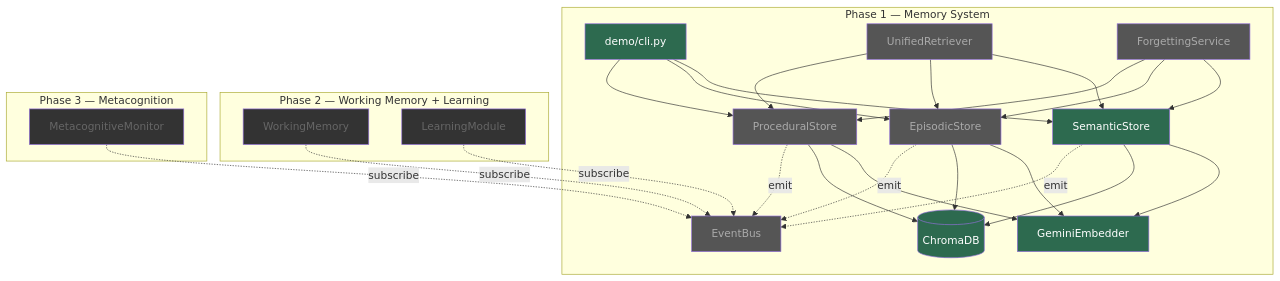
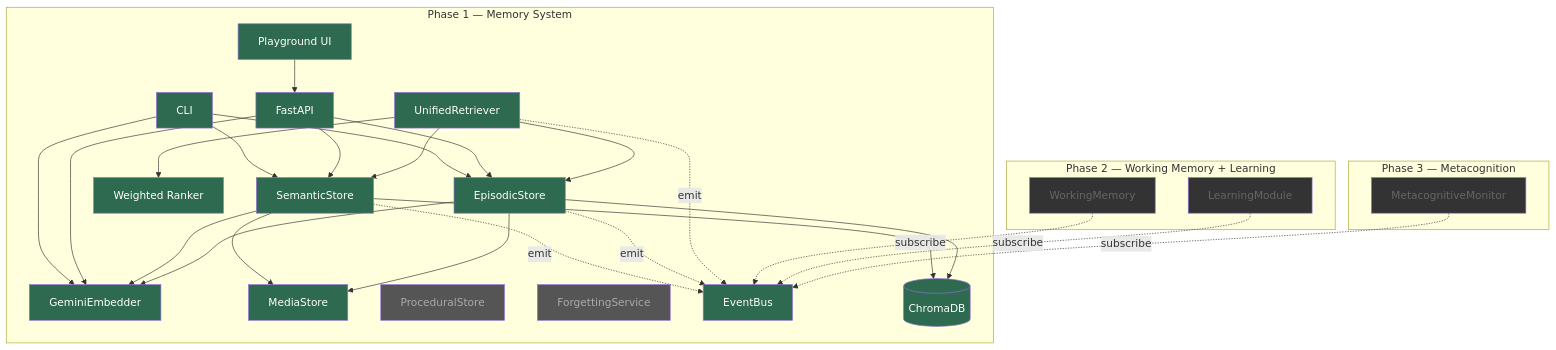
The diagram in README.md (Atharva-Kanherkar/agentic-memory), drawn with Mermaid before and after one commit. The commit also changed other lines of this file, not shown here.

````diff
--- a/README.md
+++ b/README.md
@@ -15,58 +135,67 @@
 ```mermaid
 graph TB
     subgraph "Phase 1 — Memory System"
-        CLI["demo/cli.py"]
+        CLI["CLI"]
+        API["FastAPI"]
+        UI["Playground UI"]
         EMB["GeminiEmbedder"]
+        MS["MediaStore"]
         SS["SemanticStore"]
         ES["EpisodicStore"]
         PS["ProceduralStore"]
         RET["UnifiedRetriever"]
+        RNK["Weighted Ranker"]
         FGT["ForgettingService"]
         BUS["EventBus"]
         DB[(ChromaDB)]
 
         CLI --> SS
         CLI --> ES
-        CLI --> PS
+        CLI --> EMB
+        API --> SS
+        API --> ES
+        API --> EMB
+        UI --> API
         SS --> EMB
         ES --> EMB
-        PS --> EMB
+        SS --> MS
+        ES --> MS
         SS --> DB
         ES --> DB
-        PS --> DB
         RET --> SS
         RET --> ES
-        RET --> PS
-        FGT --> SS
-        FGT --> ES
-        FGT --> PS
+        RET --> RNK
         SS -.->|emit| BUS
         ES -.->|emit| BUS
-        PS -.->|emit| BUS
+        RET -.->|emit| BUS
     end
 
     subgraph "Phase 2 — Working Memory + Learning"
         WM["WorkingMemory"]
         LRN["LearningModule"]
         WM -.->|subscribe| BUS
         LRN -.->|subscribe| BUS
     end
 
     subgraph "Phase 3 — Metacognition"
         META["MetacognitiveMonitor"]
         META -.->|subscribe| BUS
     end
 
     style SS fill:#2d6a4f,color:#fff
+    style ES fill:#2d6a4f,color:#fff
     style EMB fill:#2d6a4f,color:#fff
+    style MS fill:#2d6a4f,color:#fff
     style CLI fill:#2d6a4f,color:#fff
+    style API fill:#2d6a4f,color:#fff
+    style UI fill:#2d6a4f,color:#fff
     style DB fill:#2d6a4f,color:#fff
-    style ES fill:#555,color:#aaa
+    style RET fill:#2d6a4f,color:#fff
+    style RNK fill:#2d6a4f,color:#fff
+    style BUS fill:#2d6a4f,color:#fff
     style PS fill:#555,color:#aaa
-    style RET fill:#555,color:#aaa
     style FGT fill:#555,color:#aaa
-    style BUS fill:#555,color:#aaa
     style WM fill:#333,color:#666
     style LRN fill:#333,color:#666
     style META fill:#333,color:#666
 ```
````
